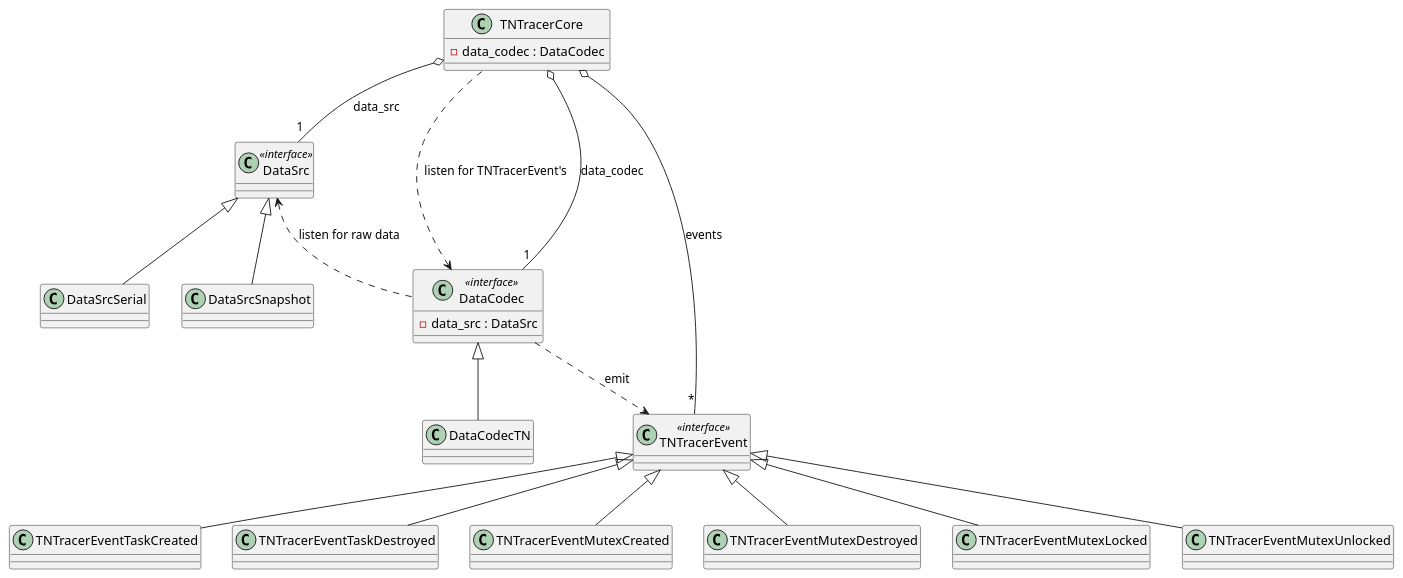
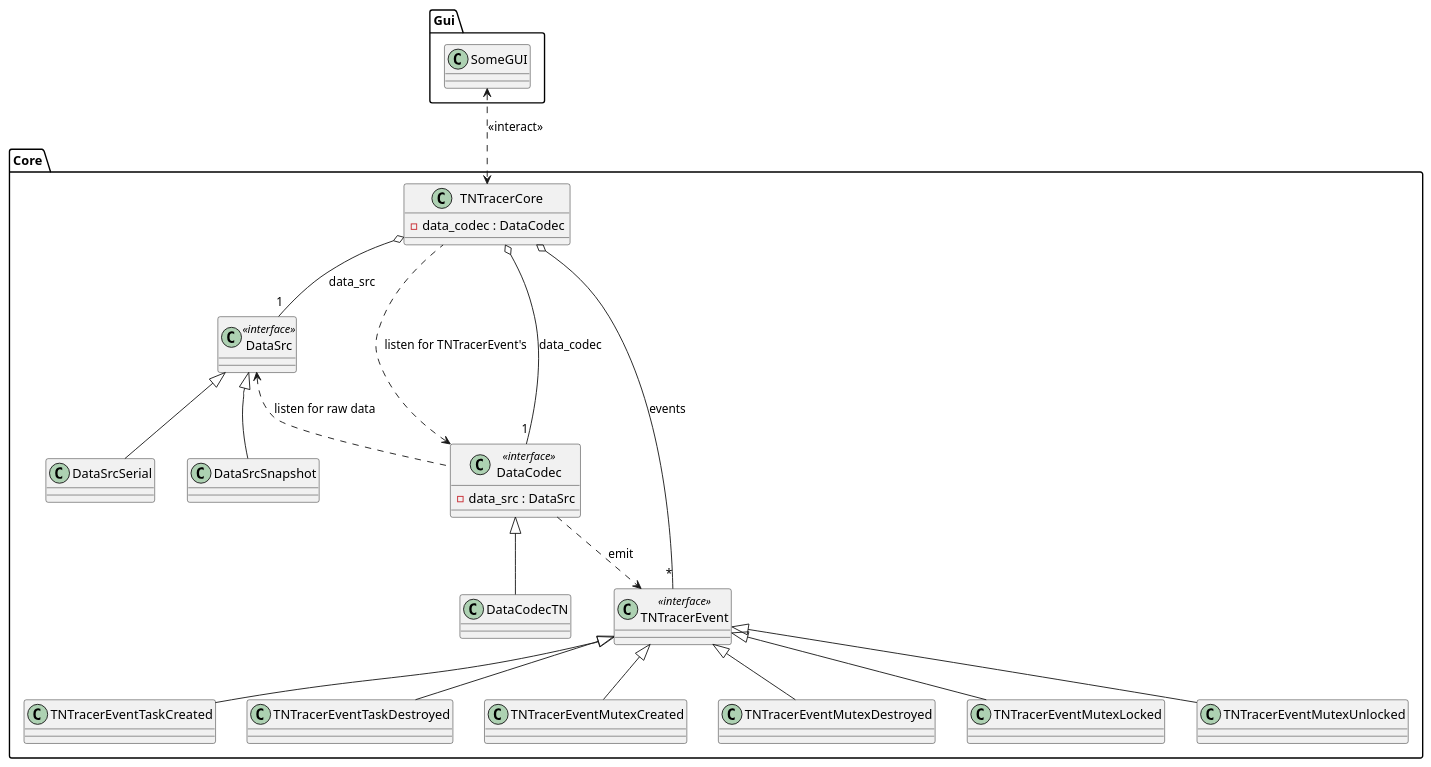
One commit to dimonomid/tneo changed the diagram in stuff/tntrace/uml/tntrace.pu. Above: the diagram before and after it, drawn with PlantUML. The commit also changed 1 other file, not shown here.

Commit message:
tntrace uml updated a bit: added very rough view of GUI

```diff
--- a/stuff/tntrace/uml/tntrace.pu
+++ b/stuff/tntrace/uml/tntrace.pu
@@ -1,75 +1,87 @@
 @startuml
+
+package "Core" {
 
 ' TNTracerCore {{{
 class TNTracerCore {
    -data_codec : DataCodec
 }
 ' }}}
 
 ' DataSrc {{{
 class DataSrc <<interface>> {
 }
 
 class DataSrcSerial {
 }
 
 class DataSrcSnapshot {
 }
 
 DataSrc <|-- DataSrcSerial
 DataSrc <|-- DataSrcSnapshot
 ' }}}
 
 ' DataCodec {{{
 class DataCodec <<interface>> {
    -data_src : DataSrc
 }
 
 class DataCodecTN {
 }
 
 DataCodec <|-- DataCodecTN
 ' }}}
 
 ' TNTracerEvent {{{
 class TNTracerEvent <<interface>> {
 }
 
 class TNTracerEventTaskCreated {
 }
 
 class TNTracerEventTaskDestroyed {
 }
 
 class TNTracerEventMutexCreated {
 }
 
 class TNTracerEventMutexDestroyed {
 }
 
 class TNTracerEventMutexLocked {
 }
 
 class TNTracerEventMutexUnlocked {
 }
 
 TNTracerEvent <|-- TNTracerEventTaskCreated
 TNTracerEvent <|-- TNTracerEventTaskDestroyed
 TNTracerEvent <|-- TNTracerEventMutexCreated
 TNTracerEvent <|-- TNTracerEventMutexDestroyed
 TNTracerEvent <|-- TNTracerEventMutexLocked
 TNTracerEvent <|-- TNTracerEventMutexUnlocked
 ' }}}
 
 TNTracerCore o-- "1" DataCodec : data_codec
 TNTracerCore o-- "1" DataSrc : data_src
 TNTracerCore o-- "*" TNTracerEvent : events
 
 DataCodec ..> TNTracerEvent : emit
 
 DataSrc <.. DataCodec : listen for raw data
 DataCodec <.. TNTracerCore : listen for TNTracerEvent's
 
+}
+
+package "Gui" {
+
+   class SomeGUI {
+   }
+
+}
+
+SomeGUI <..> TNTracerCore : <<interact>>
 
 
 @enduml
```
